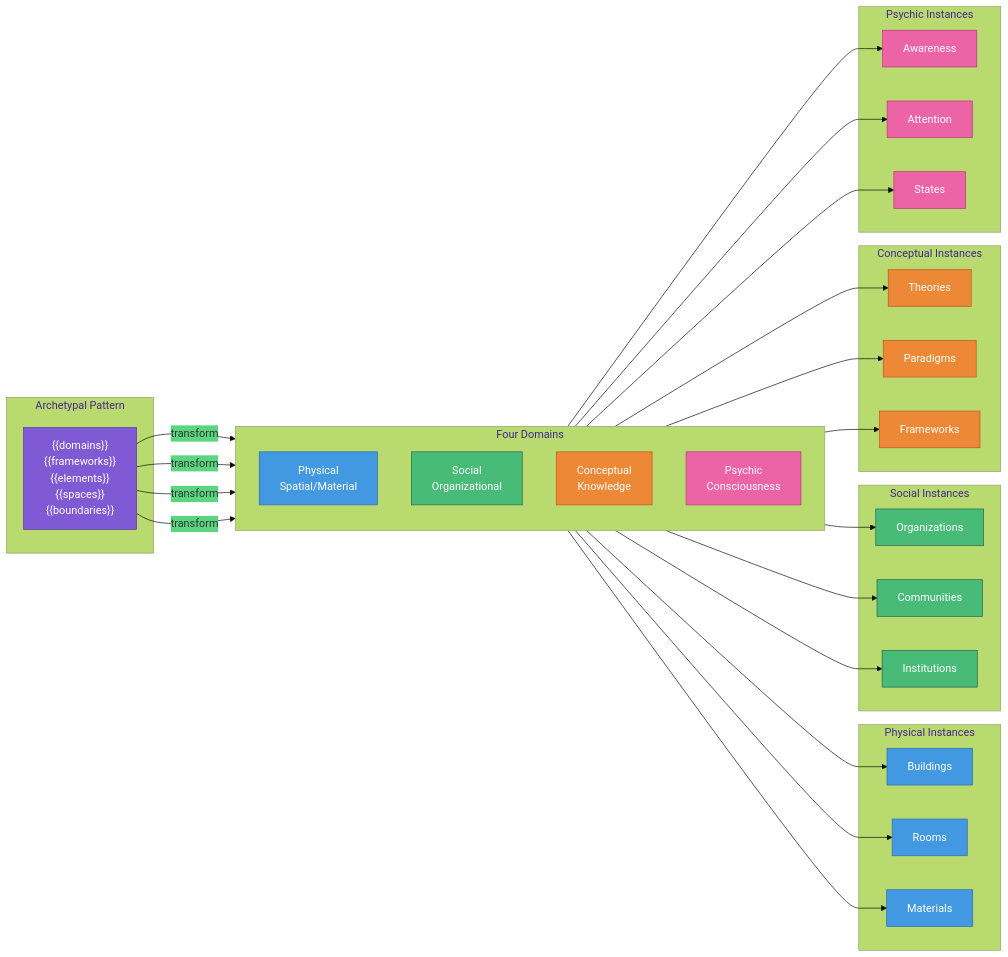
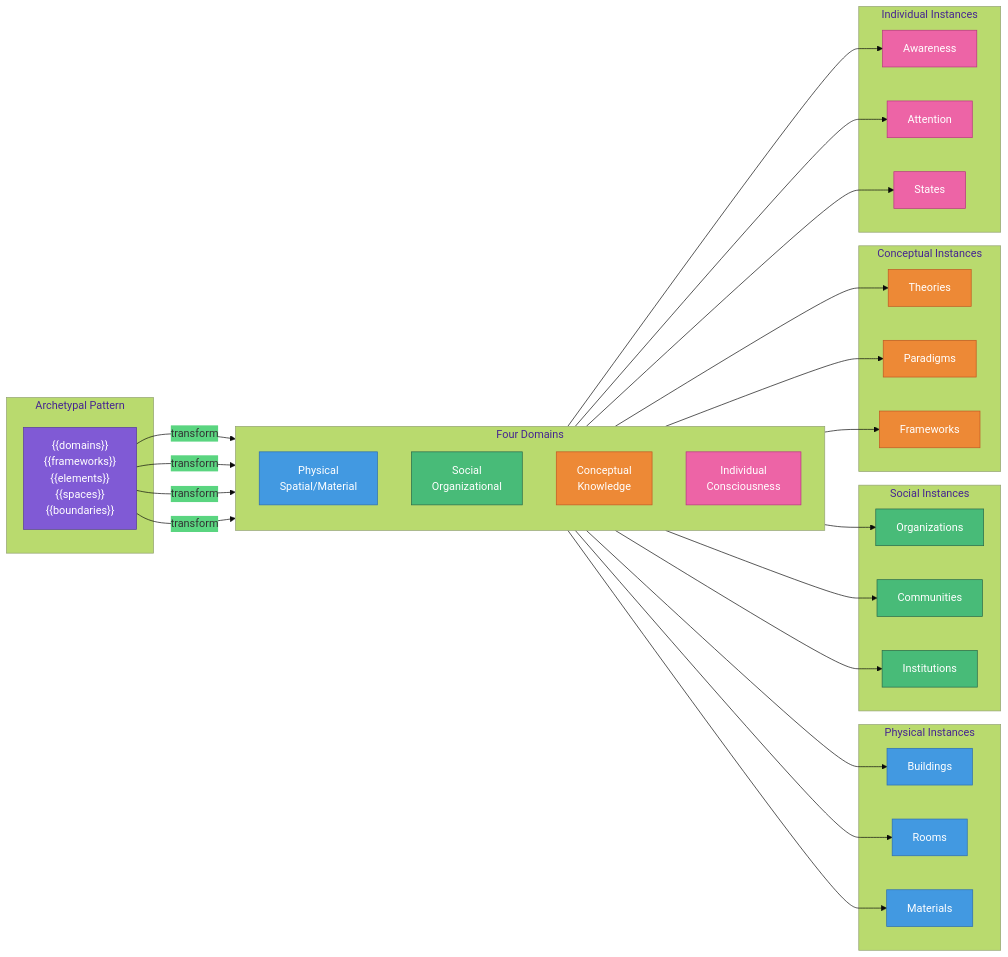
One commit to cogpy/NNPL-253-253 changed the diagram in diagrams/domain-transformations.mmd. Above: the diagram before and after it, drawn with Mermaid. The commit also changed 162 other files, not shown here.

```diff
--- a/diagrams/domain-transformations.mmd
+++ b/diagrams/domain-transformations.mmd
@@ -1,59 +1,59 @@
 %%{init: {'theme': 'base', 'themeVariables': { 'primaryColor': '#805ad5'}}}%%
 flowchart LR
     subgraph ARCH["Archetypal Pattern"]
         A["{{domains}}<br/>{{frameworks}}<br/>{{elements}}<br/>{{spaces}}<br/>{{boundaries}}"]
     end
 
     subgraph DOMAINS["Four Domains"]
         direction TB
         P["Physical<br/>Spatial/Material"]
         S["Social<br/>Organizational"]
         C["Conceptual<br/>Knowledge"]
-        Y["Psychic<br/>Consciousness"]
+        Y["Individual<br/>Consciousness"]
     end
 
     A -->|transform| P
     A -->|transform| S
     A -->|transform| C
     A -->|transform| Y
 
     subgraph PHYSICAL["Physical Instances"]
         P1["Buildings"]
         P2["Rooms"]
         P3["Materials"]
     end
 
     subgraph SOCIAL["Social Instances"]
         S1["Organizations"]
         S2["Communities"]
         S3["Institutions"]
     end
 
     subgraph CONCEPTUAL["Conceptual Instances"]
         C1["Theories"]
         C2["Paradigms"]
         C3["Frameworks"]
     end
 
-    subgraph PSYCHIC["Psychic Instances"]
+    subgraph PSYCHIC["Individual Instances"]
         Y1["Awareness"]
         Y2["Attention"]
         Y3["States"]
     end
 
     P --> P1 & P2 & P3
     S --> S1 & S2 & S3
     C --> C1 & C2 & C3
     Y --> Y1 & Y2 & Y3
 
     classDef archetypal fill:#805ad5,stroke:#553c9a,color:#fff
     classDef physical fill:#4299e1,stroke:#2b6cb0,color:#fff
     classDef social fill:#48bb78,stroke:#276749,color:#fff
     classDef conceptual fill:#ed8936,stroke:#c05621,color:#fff
-    classDef psychic fill:#ed64a6,stroke:#b83280,color:#fff
+    classDef individual fill:#ed64a6,stroke:#b83280,color:#fff
 
     class A archetypal
     class P,P1,P2,P3 physical
     class S,S1,S2,S3 social
     class C,C1,C2,C3 conceptual
-    class Y,Y1,Y2,Y3 psychic
+    class Y,Y1,Y2,Y3 individual
```
